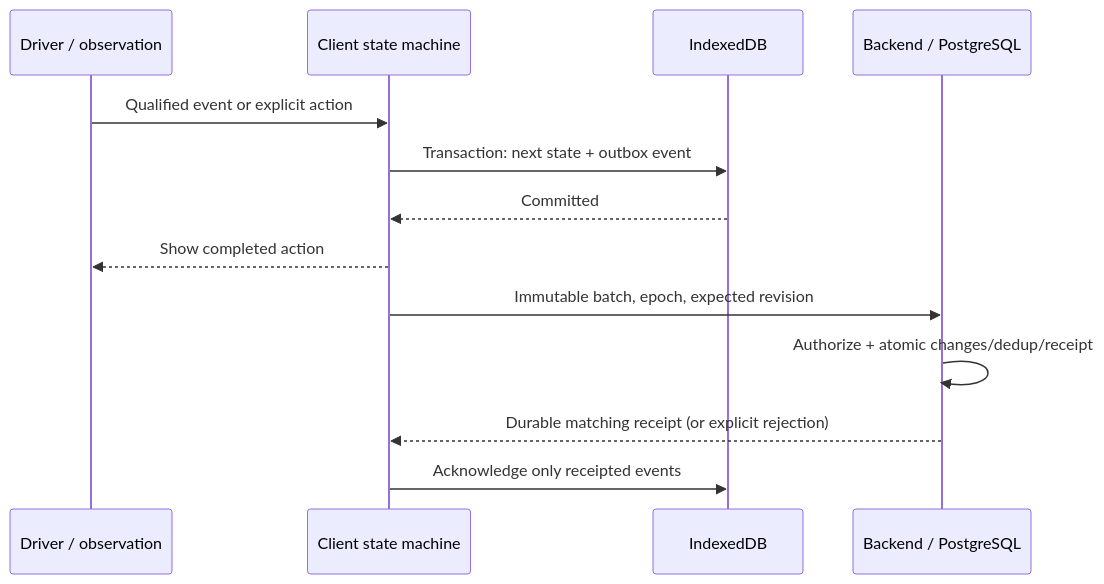
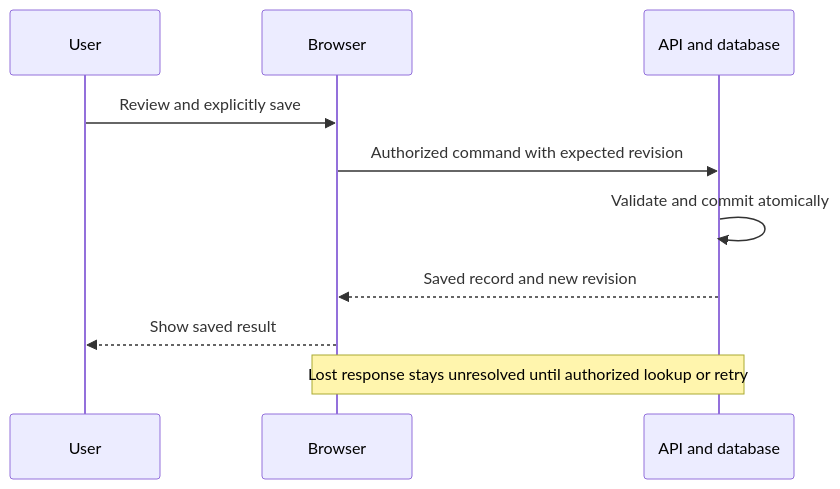
Before and after one commit to IBE160-2026/G06-oisund: the second of 2 diagrams in _bmad-output/planning-artifacts/architecture/architecture-IBE160-2026-09-23/ARCHITECTURE-SPINE.md, drawn with Mermaid. The commit also changed other lines of this file and 149 other files, not shown here.

````diff
--- a/_bmad-output/planning-artifacts/architecture/architecture-IBE160-2026-09-23/ARCHITECTURE-SPINE.md
+++ b/_bmad-output/planning-artifacts/architecture/architecture-IBE160-2026-09-23/ARCHITECTURE-SPINE.md
@@ -220,15 +84,12 @@
 ```mermaid
 sequenceDiagram
-  participant D as Driver / observation
-  participant C as Client state machine
-  participant L as IndexedDB
-  participant B as Backend / PostgreSQL
-  D->>C: Qualified event or explicit action
-  C->>L: Transaction: next state + outbox event
-  L-->>C: Committed
-  C-->>D: Show completed action
-  C->>B: Immutable batch, epoch, expected revision
-  B->>B: Authorize + atomic changes/dedup/receipt
-  B-->>C: Durable matching receipt (or explicit rejection)
-  C->>L: Acknowledge only receipted events
+  participant U as User
+  participant C as Browser
+  participant A as API and database
+  U->>C: Review and explicitly save
+  C->>A: Authorized command with expected revision
+  A->>A: Validate and commit atomically
+  A-->>C: Saved record and new revision
+  C-->>U: Show saved result
+  Note over C,A: Lost response stays unresolved until authorized lookup or retry
 ```
````
